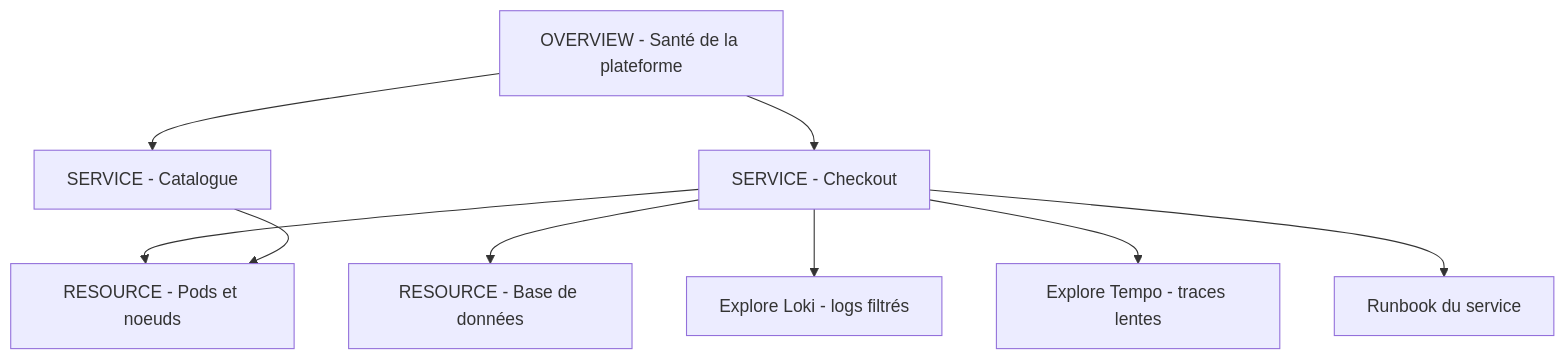
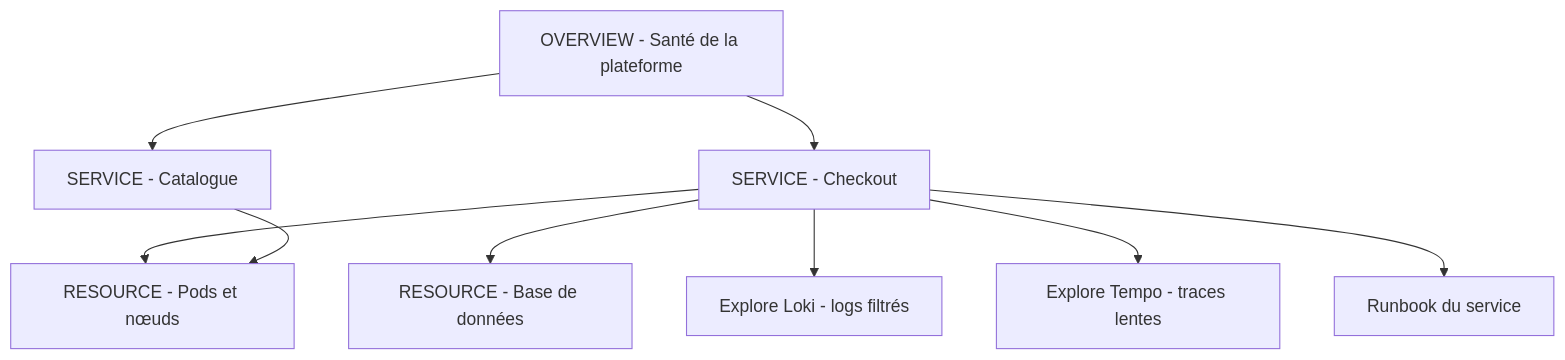
The diagram in courses/grafana/16_dashboards_professionnels.md (Gooseppr/GevOps_LC), drawn with Mermaid before and after one commit. The commit also changed 56 other files, not shown here.

````diff
--- a/courses/grafana/16_dashboards_professionnels.md
+++ b/courses/grafana/16_dashboards_professionnels.md
@@ -90,11 +90,11 @@
 ```mermaid
 flowchart TD
     O[OVERVIEW - Santé de la plateforme] --> S1[SERVICE - Checkout]
     O --> S2[SERVICE - Catalogue]
-    S1 --> R1[RESOURCE - Pods et noeuds]
+    S1 --> R1[RESOURCE - Pods et nœuds]
     S1 --> R2[RESOURCE - Base de données]
     S2 --> R1
     S1 --> L[Explore Loki - logs filtrés]
     S1 --> T[Explore Tempo - traces lentes]
     S1 --> B[Runbook du service]
 ```
````
